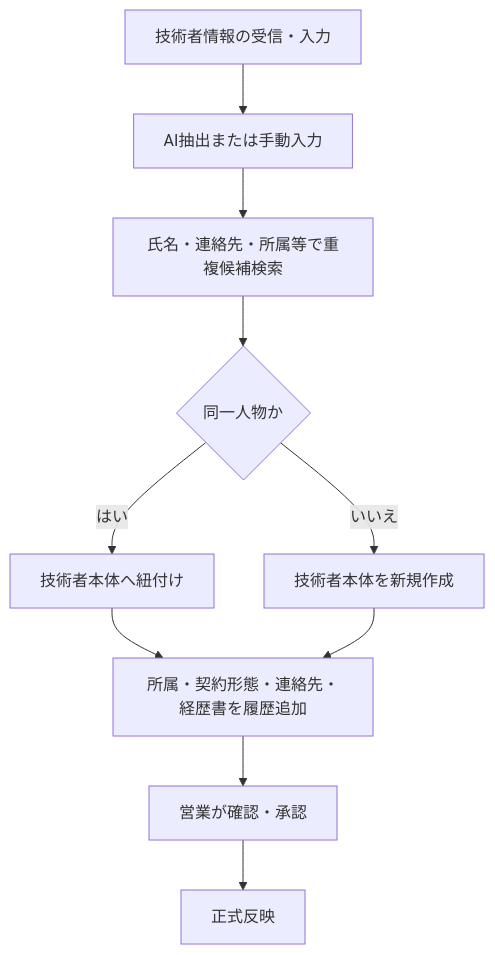
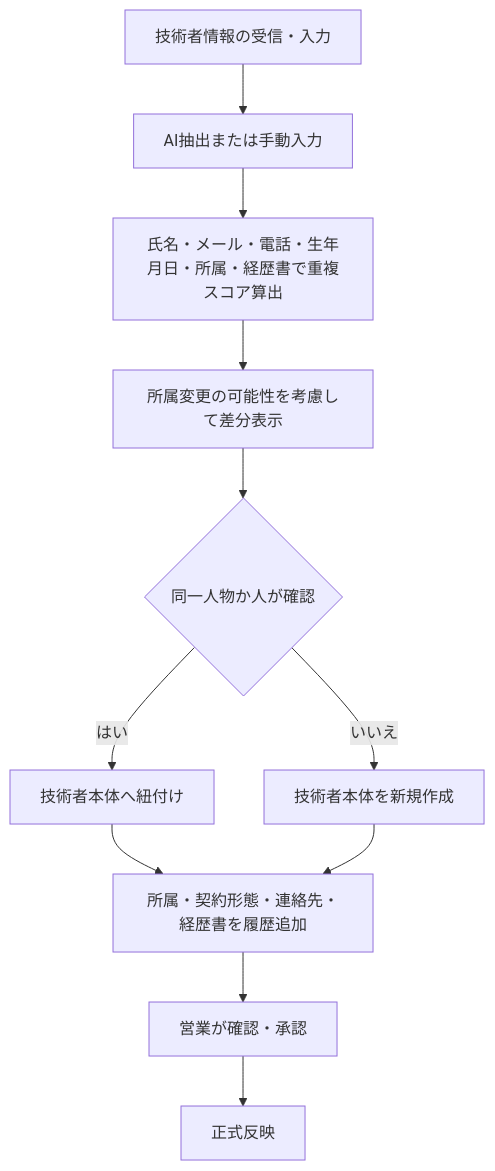
Before and after one commit to e-bluewave/ses-navigator: the second of 5 diagrams in docs/03_業務フロー.md, drawn with Mermaid. The commit also changed other lines of this file, not shown here.

````diff
--- a/docs/03_業務フロー.md
+++ b/docs/03_業務フロー.md
@@ -59,12 +70,13 @@
 ```mermaid
 flowchart TD
     A[技術者情報の受信・入力] --> B[AI抽出または手動入力]
-    B --> C[氏名・連絡先・所属等で重複候補検索]
-    C --> D{同一人物か}
-    D -->|はい| E[技術者本体へ紐付け]
-    D -->|いいえ| F[技術者本体を新規作成]
-    E --> G[所属・契約形態・連絡先・経歴書を履歴追加]
-    F --> G
-    G --> H[営業が確認・承認]
-    H --> I[正式反映]
+    B --> C[氏名・メール・電話・生年月日・所属・経歴書で重複スコア算出]
+    C --> D[所属変更の可能性を考慮して差分表示]
+    D --> E{同一人物か人が確認}
+    E -->|はい| F[技術者本体へ紐付け]
+    E -->|いいえ| G[技術者本体を新規作成]
+    F --> H[所属・契約形態・連絡先・経歴書を履歴追加]
+    G --> H
+    H --> I[営業が確認・承認]
+    I --> J[正式反映]
 ```
````
